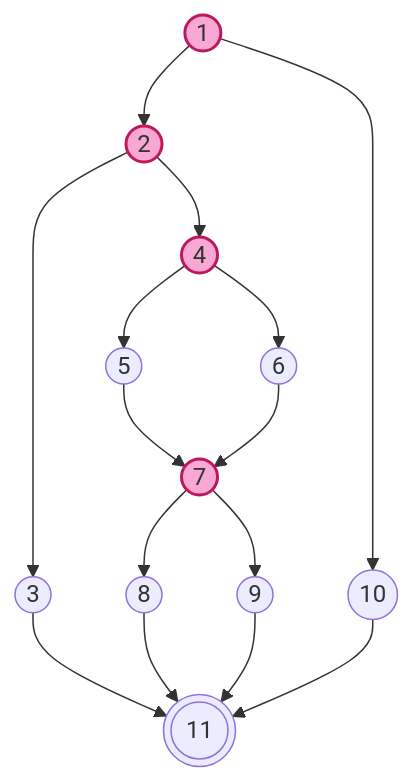
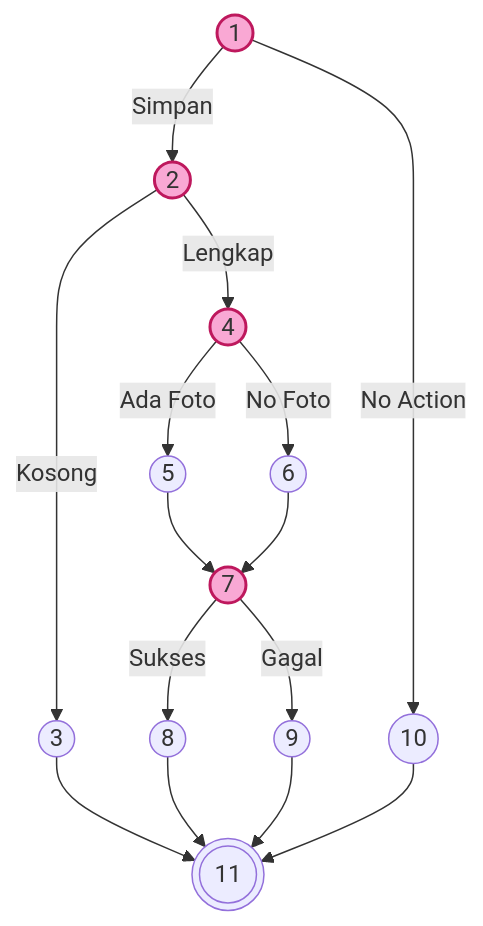
One commit to arbain-dev/Web_fikom changed the sixth of 6 diagrams in docs/07_PENGUJIAN_WHITE_BOX.md. Above: the diagram before and after it, drawn with Mermaid. The commit also changed other lines of this file, not shown here.

Commit message:
Add labels to Flowgraph arrows for better clarity

````diff
--- a/docs/07_PENGUJIAN_WHITE_BOX.md
+++ b/docs/07_PENGUJIAN_WHITE_BOX.md
@@ -213,15 +213,15 @@
 ```mermaid
 graph TD
     classDef predicate fill:#f9a8d4,stroke:#be185d,stroke-width:2px;
-    1((1)):::predicate --> 2((2)):::predicate
-    1 --> 10((10))
-    2 --> 3((3))
-    2 --> 4((4)):::predicate
-    4 --> 5((5))
-    4 --> 6((6))
+    1((1)):::predicate -->|Simpan| 2((2)):::predicate
+    1 -->|No Action| 10((10))
+    2 -->|Kosong| 3((3))
+    2 -->|Lengkap| 4((4)):::predicate
+    4 -->|Ada Foto| 5((5))
+    4 -->|No Foto| 6((6))
     5 --> 7((7)):::predicate
     6 --> 7
-    7 --> 8((8))
-    7 --> 9((9))
+    7 -->|Sukses| 8((8))
+    7 -->|Gagal| 9((9))
     3 & 8 & 9 & 10 --> 11(((11)))
 ```
````
